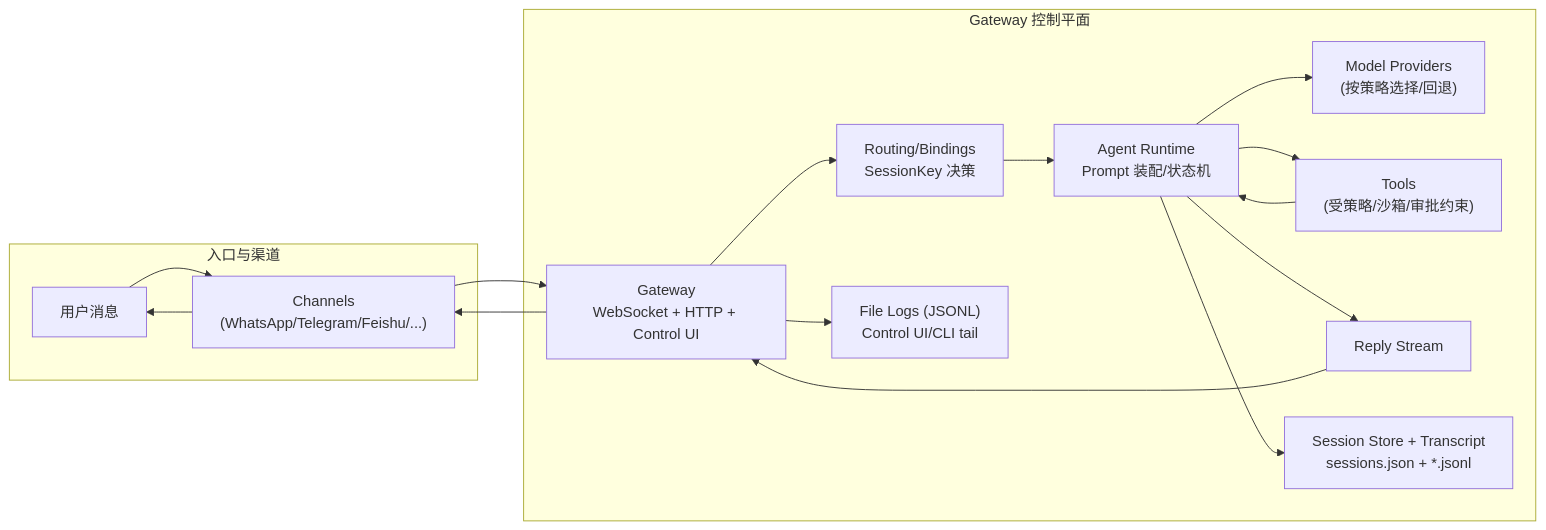
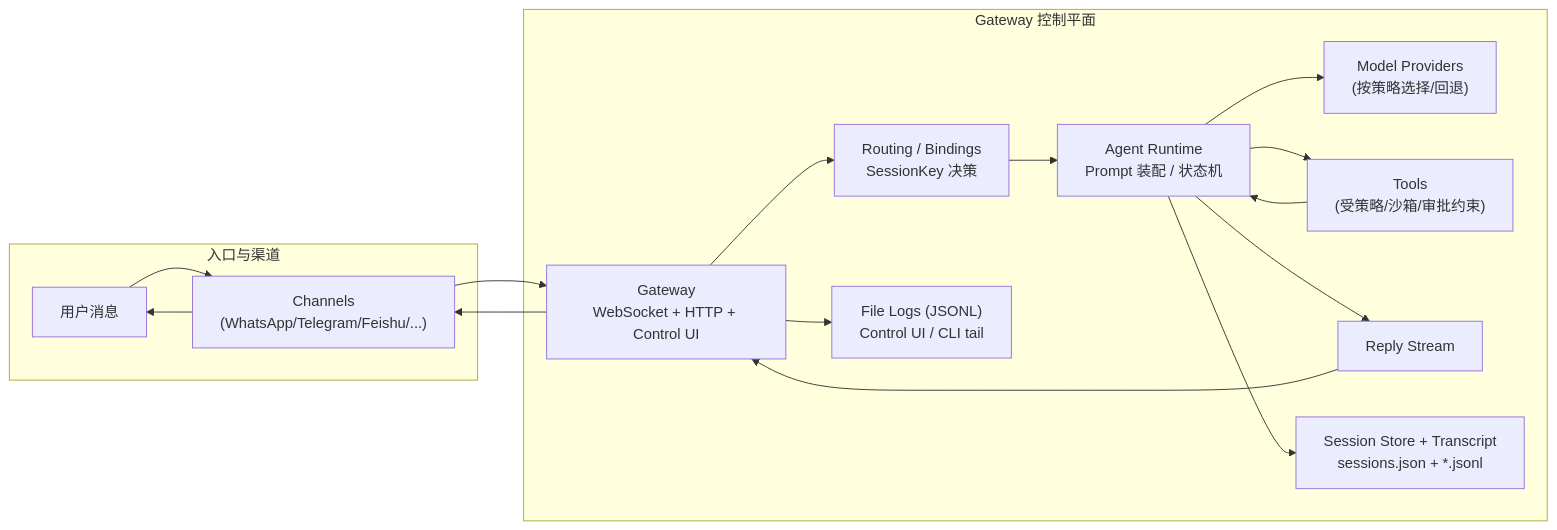
The third of 3 diagrams in 01_overview/1.2_architecture.md (yeasy/openclaw_guide), drawn with Mermaid before and after one commit. The commit also changed other lines of this file, not shown here.

````diff
--- a/01_overview/1.2_architecture.md
+++ b/01_overview/1.2_architecture.md
@@ -150,20 +210,20 @@
 ```mermaid
 flowchart LR
   subgraph Inbound["入口与渠道"]
     U["用户消息"] --> CH["Channels<br/>(WhatsApp/Telegram/Feishu/...)"]
   end
 
-  subgraph Gateway["Gateway 控制平面"]
+  subgraph GatewayProcess["Gateway 控制平面"]
     CH --> GW["Gateway<br/>WebSocket + HTTP + Control UI"]
-    GW --> ROUTE["Routing/Bindings<br/>SessionKey 决策"]
-    ROUTE --> RUN["Agent Runtime<br/>Prompt 装配/状态机"]
+    GW --> ROUTE["Routing / Bindings<br/>SessionKey 决策"]
+    ROUTE --> RUN["Agent Runtime<br/>Prompt 装配 / 状态机"]
     RUN --> MODEL["Model Providers<br/>(按策略选择/回退)"]
     RUN --> TOOL["Tools<br/>(受策略/沙箱/审批约束)"]
     RUN --> OUT["Reply Stream"]
     RUN --> STORE["Session Store + Transcript<br/>sessions.json + *.jsonl"]
-    GW --> LOGS["File Logs (JSONL)<br/>Control UI/CLI tail"]
+    GW --> LOGS["File Logs (JSONL)<br/>Control UI / CLI tail"]
   end
 
   OUT --> GW --> CH --> U
   TOOL --> RUN
 ```
````
